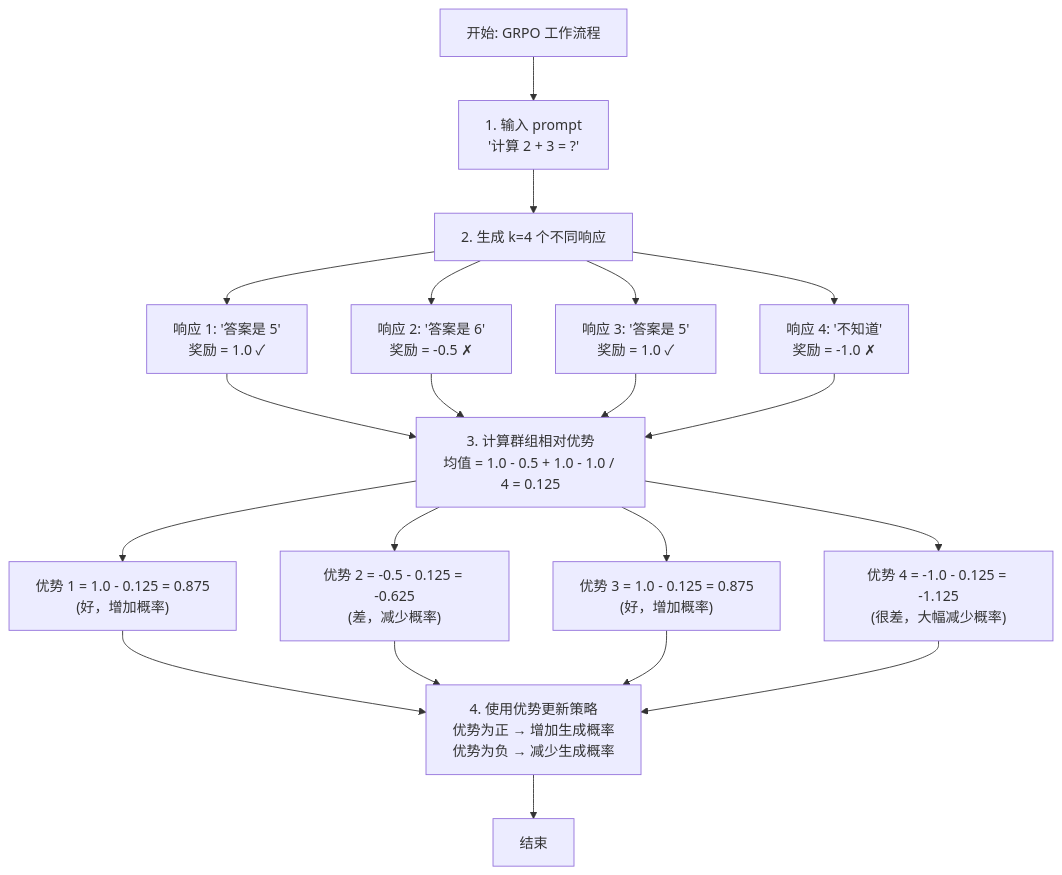
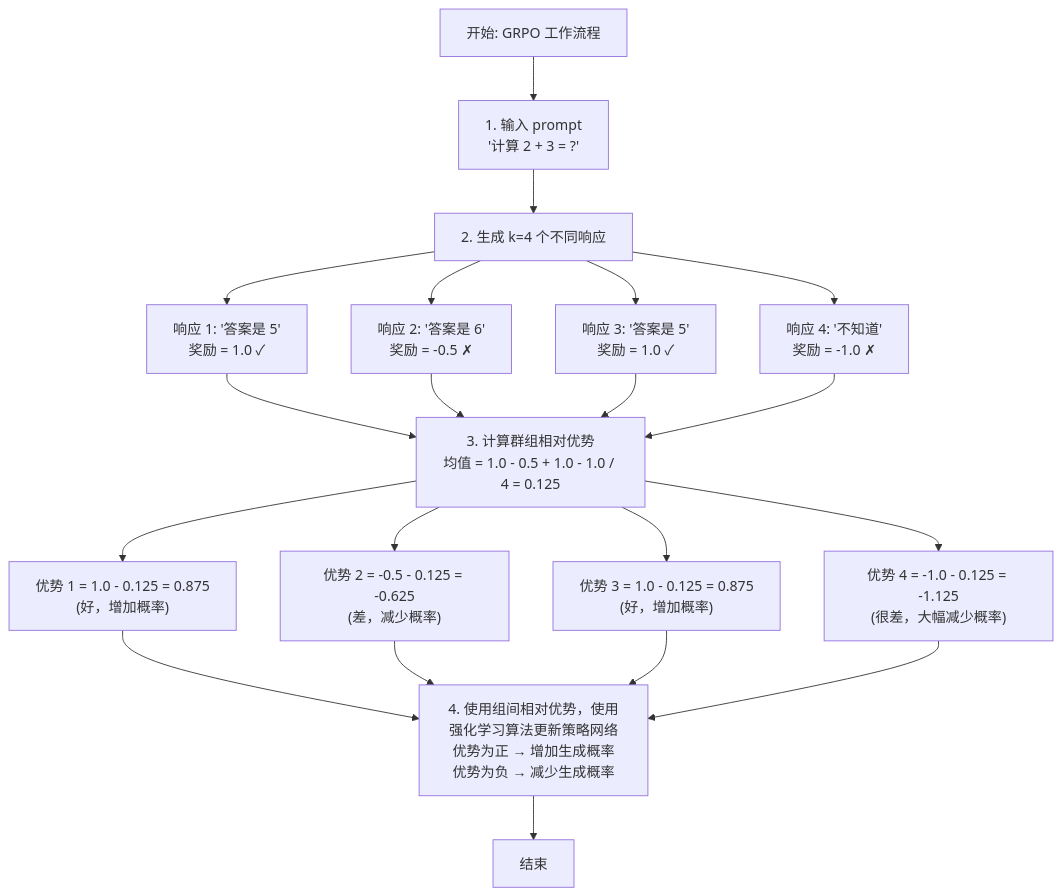
Before and after one commit to Hyacehila/hyacehila.github.io: the first of 2 diagrams in _posts/2025-12-30-Re0HF-04.md, drawn with Mermaid. The commit also changed other lines of this file and 2 other files, not shown here.

````diff
--- a/_posts/2025-12-30-Re0HF-04.md
+++ b/_posts/2025-12-30-Re0HF-04.md
@@ -113,48 +113,48 @@
 ```mermaid
 flowchart TD
     Start[开始: GRPO 工作流程]
 
     Step1["1. 输入 prompt<br/>'计算 2 + 3 = ?'"]
 
     Step2["2. 生成 k=4 个不同响应"]
 
     R1["响应 1: '答案是 5'<br/>奖励 = 1.0 ✓"]
     R2["响应 2: '答案是 6'<br/>奖励 = -0.5 ✗"]
     R3["响应 3: '答案是 5'<br/>奖励 = 1.0 ✓"]
     R4["响应 4: '不知道'<br/>奖励 = -1.0 ✗"]
 
     Step3["3. 计算群组相对优势<br/>均值 = 1.0 - 0.5 + 1.0 - 1.0 / 4 = 0.125"]
 
     A1["优势 1 = 1.0 - 0.125 = 0.875<br/>(好，增加概率)"]
     A2["优势 2 = -0.5 - 0.125 = -0.625<br/>(差，减少概率)"]
     A3["优势 3 = 1.0 - 0.125 = 0.875<br/>(好，增加概率)"]
     A4["优势 4 = -1.0 - 0.125 = -1.125<br/>(很差，大幅减少概率)"]
 
-    Step4["4. 使用优势更新策略<br/>优势为正 → 增加生成概率<br/>优势为负 → 减少生成概率"]
+    Step4["4. 使用组间相对优势，使用强化学习算法更新策略网络<br/>优势为正 → 增加生成概率<br/>优势为负 → 减少生成概率"]
 
     End[结束]
 
     Start --> Step1
     Step1 --> Step2
     Step2 --> R1
     Step2 --> R2
     Step2 --> R3
     Step2 --> R4
 
     R1 --> Step3
     R2 --> Step3
     R3 --> Step3
     R4 --> Step3
 
     Step3 --> A1
     Step3 --> A2
     Step3 --> A3
     Step3 --> A4
 
     A1 --> Step4
     A2 --> Step4
     A3 --> Step4
     A4 --> Step4
 
     Step4 --> End
 ```
````
